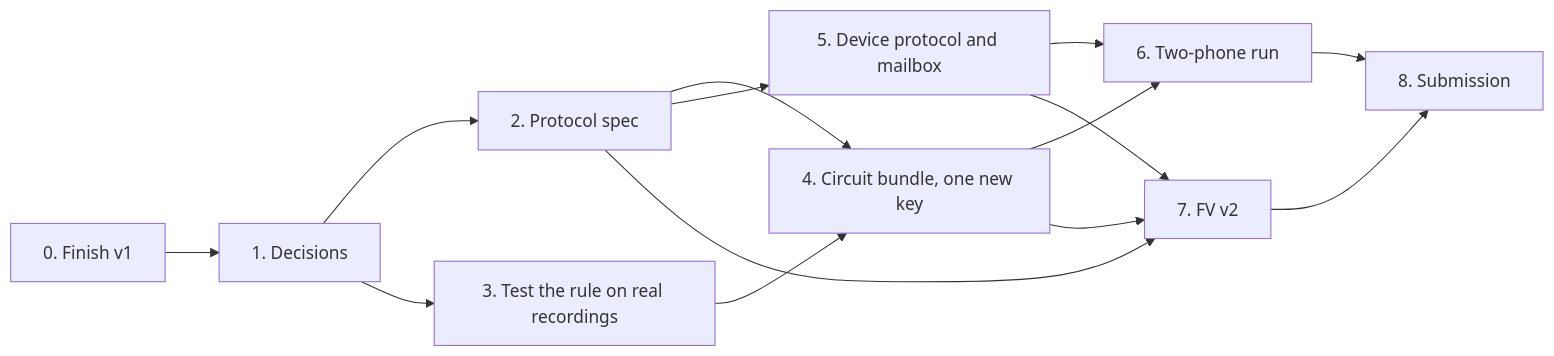
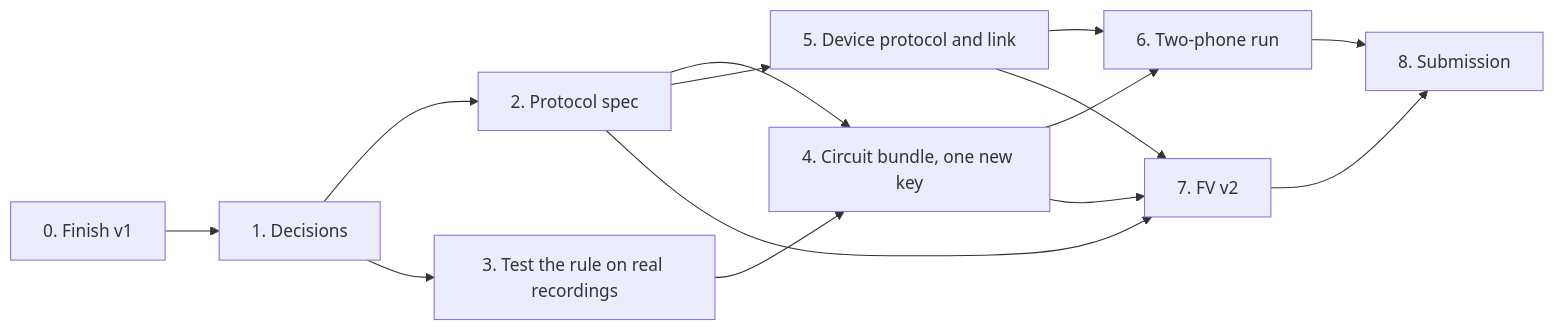
Before and after one commit to tawago/enconomy: the diagram in fv/ROADMAP.md, drawn with Mermaid. The commit also changed other lines of this file and 27 other files, not shown here.

````diff
--- a/fv/ROADMAP.md
+++ b/fv/ROADMAP.md
@@ -18,16 +20,16 @@
 ```mermaid
 flowchart LR
     v1["0. Finish v1"] --> dec["1. Decisions"]
     dec --> proto["2. Protocol spec"]
     dec --> check["3. Test the rule on real recordings"]
     proto --> circ["4. Circuit bundle, one new key"]
     check --> circ
-    proto --> dev["5. Device protocol and mailbox"]
+    proto --> dev["5. Device protocol and link"]
     circ --> run["6. Two-phone run"]
     dev --> run
     proto --> fv["7. FV v2"]
     circ --> fv
     dev --> fv
     run --> sub["8. Submission"]
     fv --> sub
 ```
````
